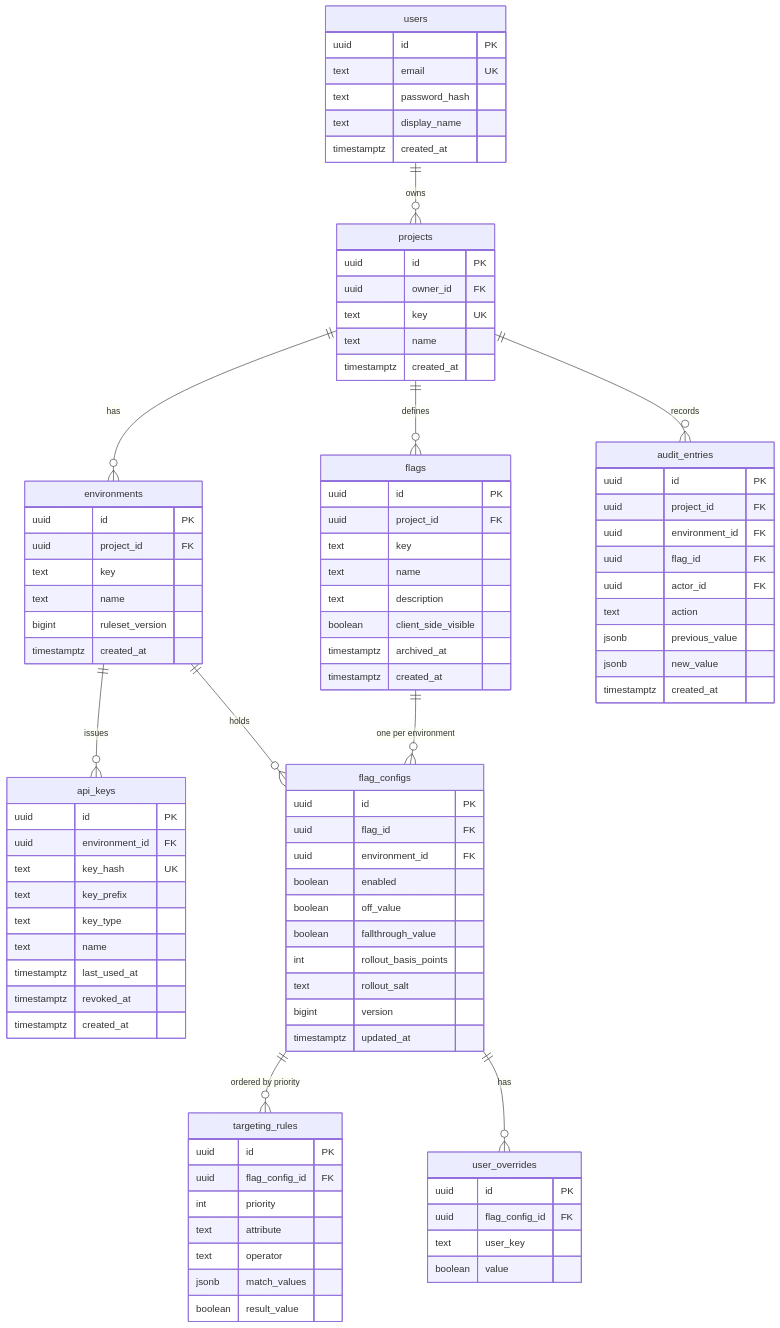
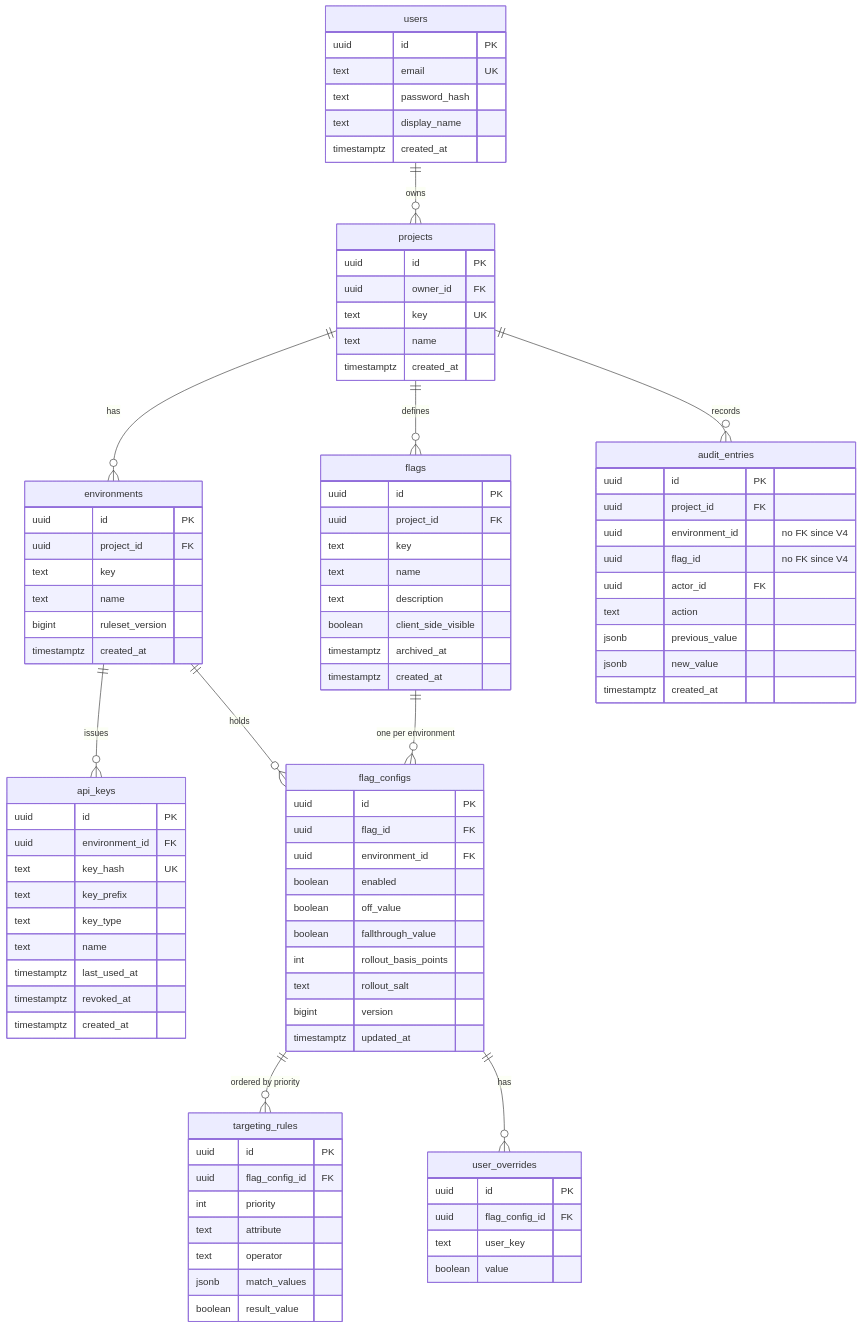
Before and after one commit to SanduniLiyanage/flaglane: the diagram in docs/DATABASE.md, drawn with Mermaid. The commit also changed other lines of this file and 7 other files, not shown here.

```diff
--- a/docs/DATABASE.md
+++ b/docs/DATABASE.md
@@ -90,8 +90,8 @@
     audit_entries {
         uuid id PK
         uuid project_id FK
-        uuid environment_id FK
-        uuid flag_id FK
+        uuid environment_id "no FK since V4"
+        uuid flag_id "no FK since V4"
         uuid actor_id FK
         text action
         jsonb previous_value
```
